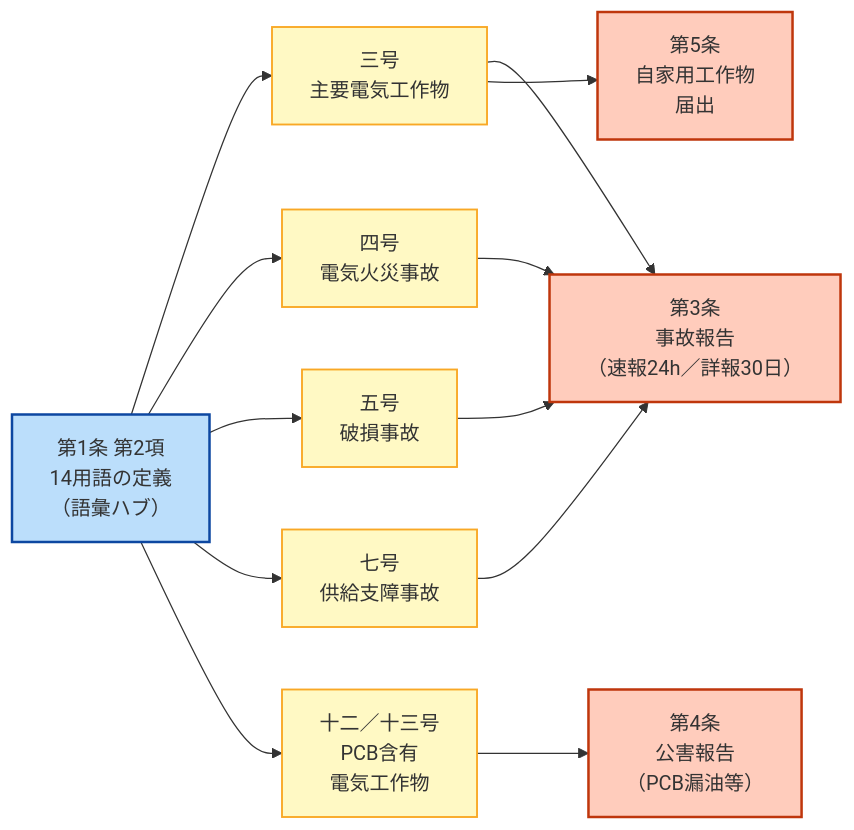
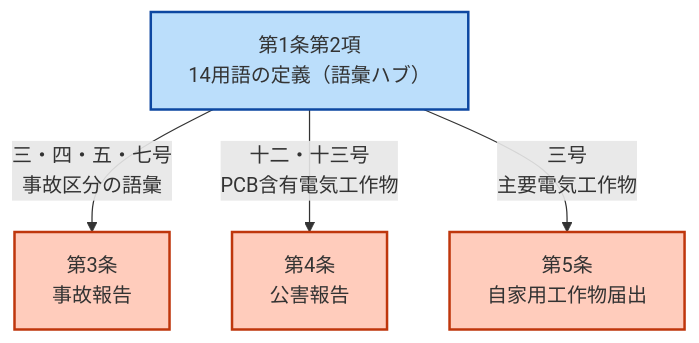
The diagram in docs/articles/other/jiko-1.md (kfurufuru/denken-wiki), drawn with Mermaid before and after one commit.

Commit message:
fix(jiko-1): mermaid 縮小化 — 9ノード→4ノードでフローティングボタンとの重なり解消
ユーザー指摘「修正3: イラストと文字がかぶっている」への対応。
Material theme の `md-top` フローティングボタン（fixed top:112px・幅158px・z-index:2）が
mermaid 図（841×582px・LR 9ノード）の右上ノードと重なっていた問題を修正。

## 修正内容
flowchart LR （9ノード = 1ハブ + 5用語 + 3条文）
→ flowchart TD （4ノード = 1ハブ + 3条文・用語は edge label に統合）

### 設計判断
- 9ノードLR → 詳細だが 582px tall × 841px wide で md-top ボタンと干渉
- 4ノードTD → 用語の対応関係を edge label に圧縮し、視認性確保＋干渉領域縮小
- 条文間の主要参照関係（第1条→第3/4/5条）は保持
- 個別号番号と用語名は edge label で表示（情報量はほぼ維持）

## 検証
- v3.1 総合スコア: 97/100 (S-rank) 維持
- I14 視覚要素: 5/6 維持（mermaid=1, svg=1）
- wiki_check.py: 0 violations

🤖 Generated with [Claude Code](https://claude.com/claude-code)

````diff
--- a/docs/articles/other/jiko-1.md
+++ b/docs/articles/other/jiko-1.md
@@ -313,19 +313,9 @@
 ```mermaid
-flowchart LR
-    A["第1条 第2項<br/>14用語の定義<br/>（語彙ハブ）"]:::def
-    B["三号<br/>主要電気工作物"]:::term
-    C["四号<br/>電気火災事故"]:::term
-    D["五号<br/>破損事故"]:::term
-    E["七号<br/>供給支障事故"]:::term
-    F["十二／十三号<br/>PCB含有<br/>電気工作物"]:::term
-    G["第3条<br/>事故報告<br/>（速報24h／詳報30日）"]:::proc
-    H["第4条<br/>公害報告<br/>（PCB漏油等）"]:::proc
-    I["第5条<br/>自家用工作物<br/>届出"]:::proc
-    A --> B & C & D & E & F
-    B & C & D & E --> G
-    F --> H
-    B --> I
+flowchart TD
+    A["第1条第2項<br/>14用語の定義（語彙ハブ）"]:::def
+    A -->|三・四・五・七号<br/>事故区分の語彙| B["第3条<br/>事故報告"]:::proc
+    A -->|十二・十三号<br/>PCB含有電気工作物| C["第4条<br/>公害報告"]:::proc
+    A -->|三号<br/>主要電気工作物| D["第5条<br/>自家用工作物届出"]:::proc
     classDef def fill:#bbdefb,stroke:#0d47a1,stroke-width:2px
-    classDef term fill:#fff9c4,stroke:#f9a825,stroke-width:1.5px
     classDef proc fill:#ffccbc,stroke:#bf360c,stroke-width:2px
 ```
````
